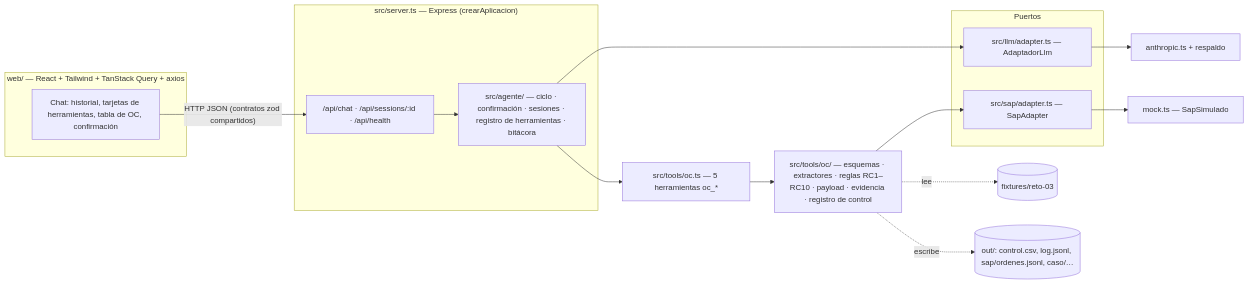
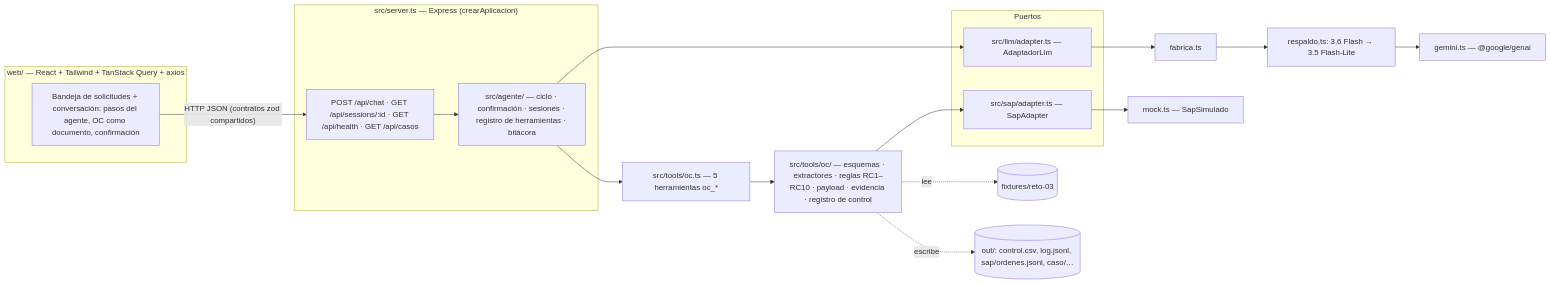
Before and after one commit to JSBeltran93/reto-03-beltran: the first of 2 diagrams in SOLUCION.md, drawn with Mermaid. The commit also changed other lines of this file and 3 other files, not shown here.

````diff
--- a/SOLUCION.md
+++ b/SOLUCION.md
@@ -49,22 +49,22 @@
 ```mermaid
 flowchart LR
   subgraph Front["web/ — React + Tailwind + TanStack Query + axios"]
-    UI[Chat: historial, tarjetas de herramientas, tabla de OC, confirmación]
+    UI[Bandeja de solicitudes + conversación: pasos del agente, OC como documento, confirmación]
   end
   subgraph Back["src/server.ts — Express (crearAplicacion)"]
-    API["/api/chat · /api/sessions/:id · /api/health"]
+    API["POST /api/chat · GET /api/sessions/:id · GET /api/health · GET /api/casos"]
     Ciclo["src/agente/ — ciclo · confirmación · sesiones · registro de herramientas · bitácora"]
   end
   subgraph Puertos
     LLM["src/llm/adapter.ts — AdaptadorLlm"]
     SAP["src/sap/adapter.ts — SapAdapter"]
   end
   Tools["src/tools/oc.ts — 5 herramientas oc_*"]
   Dominio["src/tools/oc/ — esquemas · extractores · reglas RC1–RC10 · payload · evidencia · registro de control"]
   UI -- "HTTP JSON (contratos zod compartidos)" --> API --> Ciclo
   Ciclo --> LLM
-  LLM --> Anthropic["anthropic.ts + respaldo"]
+  LLM --> Fabrica["fabrica.ts"] --> Respaldo["respaldo.ts: 3.6 Flash → 3.5 Flash-Lite"] --> Gemini["gemini.ts — @google/genai"]
   Ciclo --> Tools --> Dominio --> SAP --> Mock["mock.ts — SapSimulado"]
   Dominio -. lee .-> Fixtures[(fixtures/reto-03)]
   Dominio -. escribe .-> Out[(out/: control.csv, log.jsonl, sap/ordenes.jsonl, caso/…)]
 ```
````
